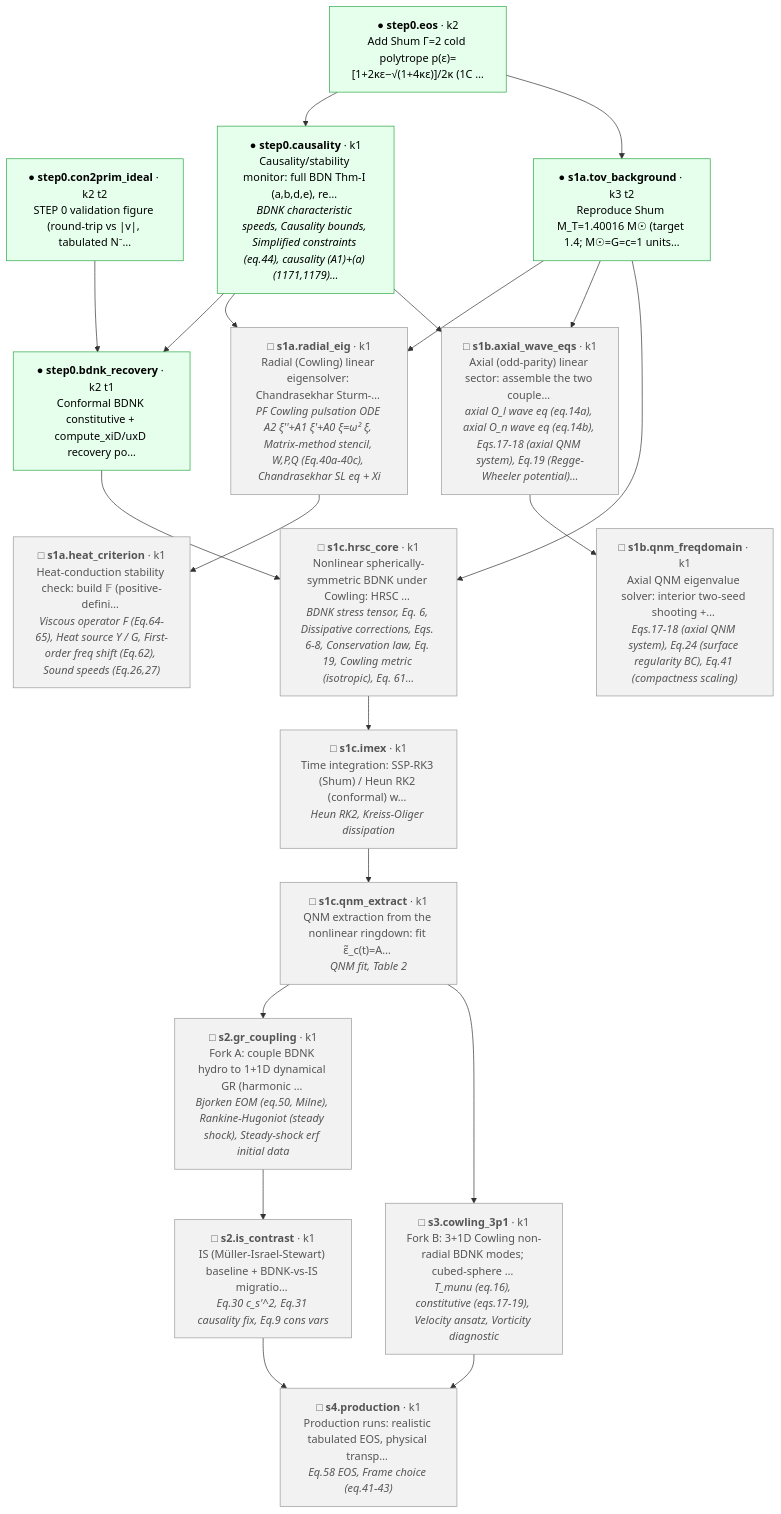
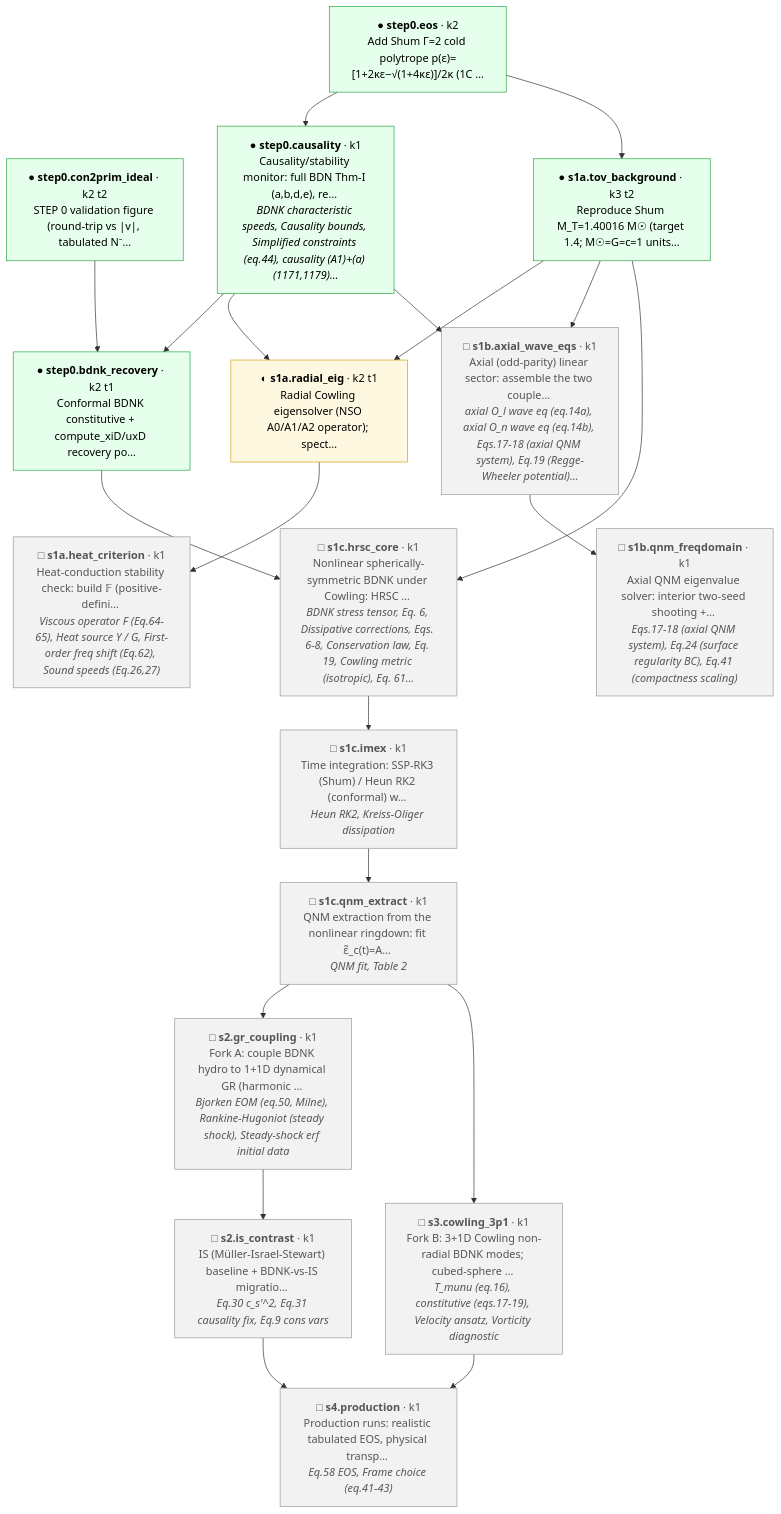
Before and after one commit to FoAKTEE/BDNK: the diagram in progress/dag/project_dag.md, drawn with Mermaid. The commit also changed 11 other files, not shown here.

First line of the commit message:
feat(radial): radial Cowling eigensolver — converged stable spectrum (CY sector)

````diff
--- a/progress/dag/project_dag.md
+++ b/progress/dag/project_dag.md
@@ -5,44 +5,44 @@
 ```mermaid
 flowchart TD
   n_step0_eos["● <b>step0.eos</b> · k2<br/>Add Shum Γ=2 cold polytrope p(ε)=[1+2κε−√(1+4κε)]/2κ (1C …"]:::solid
   n_step0_con2prim_ideal["● <b>step0.con2prim_ideal</b> · k2 t2<br/>STEP 0 validation figure (round-trip vs |v|, tabulated N⁻…"]:::solid
   n_step0_causality["● <b>step0.causality</b> · k1<br/>Causality/stability monitor: full BDN Thm-I (a,b,d,e), re… <br/><i>BDNK characteristic speeds, Causality bounds, Simplified constraints (eq.44), causality (A1)+(a) (1171,1179)…</i>"]:::solid
   n_step0_bdnk_recovery["● <b>step0.bdnk_recovery</b> · k2 t1<br/>Conformal BDNK constitutive + compute_xiD/uxD recovery po…"]:::solid
   n_s1a_tov_background["● <b>s1a.tov_background</b> · k3 t2<br/>Reproduce Shum M_T=1.40016 M☉ (target 1.4; M☉=G=c=1 units…"]:::solid
-  n_s1a_radial_eig["□ <b>s1a.radial_eig</b> · k1<br/>Radial (Cowling) linear eigensolver: Chandrasekhar Sturm-… <br/><i>PF Cowling pulsation ODE A2 ξ''+A1 ξ'+A0 ξ=ω² ξ, Matrix-method stencil, W,P,Q (Eq.40a-40c), Chandrasekhar SL eq + Xi</i>"]:::future
+  n_s1a_radial_eig["◐ <b>s1a.radial_eig</b> · k2 t1<br/>Radial Cowling eigensolver (NSO A0/A1/A2 operator); spect…"]:::preliminary
   n_s1a_heat_criterion["□ <b>s1a.heat_criterion</b> · k1<br/>Heat-conduction stability check: build 𝔽 (positive-defini… <br/><i>Viscous operator F (Eq.64-65), Heat source Y / G, First-order freq shift (Eq.62), Sound speeds (Eq.26,27)</i>"]:::future
   n_s1b_axial_wave_eqs["□ <b>s1b.axial_wave_eqs</b> · k1<br/>Axial (odd-parity) linear sector: assemble the two couple… <br/><i>axial O_l wave eq (eq.14a), axial O_n wave eq (eq.14b), Eqs.17-18 (axial QNM system), Eq.19 (Regge-Wheeler potential)…</i>"]:::future
   n_s1b_qnm_freqdomain["□ <b>s1b.qnm_freqdomain</b> · k1<br/>Axial QNM eigenvalue solver: interior two-seed shooting +… <br/><i>Eqs.17-18 (axial QNM system), Eq.24 (surface regularity BC), Eq.41 (compactness scaling)</i>"]:::future
   n_s1c_hrsc_core["□ <b>s1c.hrsc_core</b> · k1<br/>Nonlinear spherically-symmetric BDNK under Cowling: HRSC … <br/><i>BDNK stress tensor, Eq. 6, Dissipative corrections, Eqs. 6-8, Conservation law, Eq. 19, Cowling metric (isotropic), Eq. 61…</i>"]:::future
   n_s1c_imex["□ <b>s1c.imex</b> · k1<br/>Time integration: SSP-RK3 (Shum) / Heun RK2 (conformal) w… <br/><i>Heun RK2, Kreiss-Oliger dissipation</i>"]:::future
   n_s1c_qnm_extract["□ <b>s1c.qnm_extract</b> · k1<br/>QNM extraction from the nonlinear ringdown: fit ε̃_c(t)=A… <br/><i>QNM fit, Table 2</i>"]:::future
   n_s2_gr_coupling["□ <b>s2.gr_coupling</b> · k1<br/>Fork A: couple BDNK hydro to 1+1D dynamical GR (harmonic … <br/><i>Bjorken EOM (eq.50, Milne), Rankine-Hugoniot (steady shock), Steady-shock erf initial data</i>"]:::future
   n_s2_is_contrast["□ <b>s2.is_contrast</b> · k1<br/>IS (Müller-Israel-Stewart) baseline + BDNK-vs-IS migratio… <br/><i>Eq.30 c_s'^2, Eq.31 causality fix, Eq.9 cons vars</i>"]:::future
   n_s3_cowling_3p1["□ <b>s3.cowling_3p1</b> · k1<br/>Fork B: 3+1D Cowling non-radial BDNK modes; cubed-sphere … <br/><i>T_munu (eq.16), constitutive (eqs.17-19), Velocity ansatz, Vorticity diagnostic</i>"]:::future
   n_s4_production["□ <b>s4.production</b> · k1<br/>Production runs: realistic tabulated EOS, physical transp… <br/><i>Eq.58 EOS, Frame choice (eq.41-43)</i>"]:::future
   n_step0_eos --> n_step0_causality
   n_step0_con2prim_ideal --> n_step0_bdnk_recovery
   n_step0_causality --> n_step0_bdnk_recovery
   n_step0_eos --> n_s1a_tov_background
   n_s1a_tov_background --> n_s1a_radial_eig
   n_step0_causality --> n_s1a_radial_eig
   n_s1a_radial_eig --> n_s1a_heat_criterion
   n_s1a_tov_background --> n_s1b_axial_wave_eqs
   n_step0_causality --> n_s1b_axial_wave_eqs
   n_s1b_axial_wave_eqs --> n_s1b_qnm_freqdomain
   n_step0_bdnk_recovery --> n_s1c_hrsc_core
   n_s1a_tov_background --> n_s1c_hrsc_core
   n_s1c_hrsc_core --> n_s1c_imex
   n_s1c_imex --> n_s1c_qnm_extract
   n_s1c_qnm_extract --> n_s2_gr_coupling
   n_s2_gr_coupling --> n_s2_is_contrast
   n_s1c_qnm_extract --> n_s3_cowling_3p1
   n_s2_is_contrast --> n_s4_production
   n_s3_cowling_3p1 --> n_s4_production
   classDef solid fill:#e6ffed,stroke:#28a745,color:#000;
   classDef preliminary fill:#fff8e1,stroke:#d4a017,color:#000;
   classDef hypothesis fill:#e7f0ff,stroke:#4977c7,color:#000;
   classDef blocking fill:#ffe3e3,stroke:#d33,color:#000;
   classDef future fill:#f2f2f2,stroke:#999,color:#555;
   classDef amended fill:#f0f0f0,stroke:#aaa,color:#888;
 ```
````
